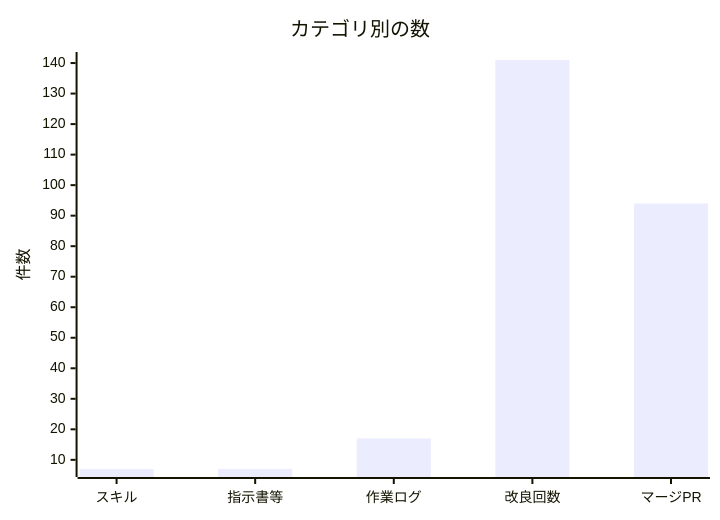
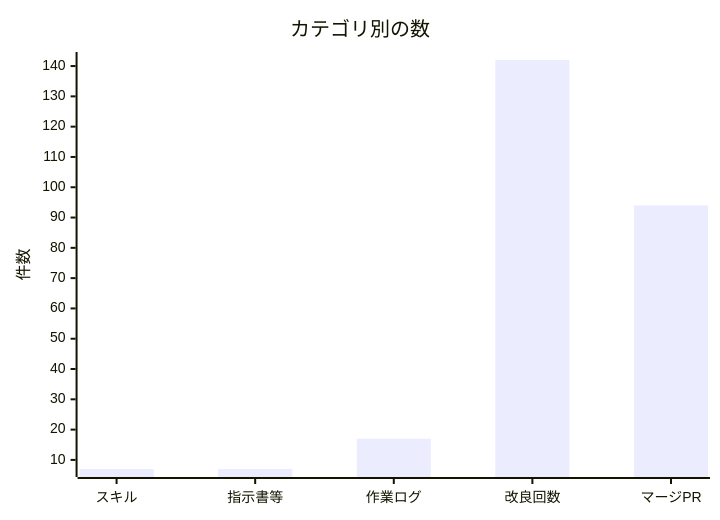
The second of 2 diagrams in docs/進化レポート.md (non-x2/non-x2), drawn with Mermaid before and after one commit. The commit also changed other lines of this file and 1 other file, not shown here.

````diff
--- a/docs/進化レポート.md
+++ b/docs/進化レポート.md
@@ -35,7 +35,7 @@
 ```mermaid
 xychart-beta
     title "カテゴリ別の数"
     x-axis ["スキル", "指示書等", "作業ログ", "改良回数", "マージPR"]
     y-axis "件数"
-    bar [7, 7, 17, 141, 94]
+    bar [7, 7, 17, 142, 94]
 ```
````
